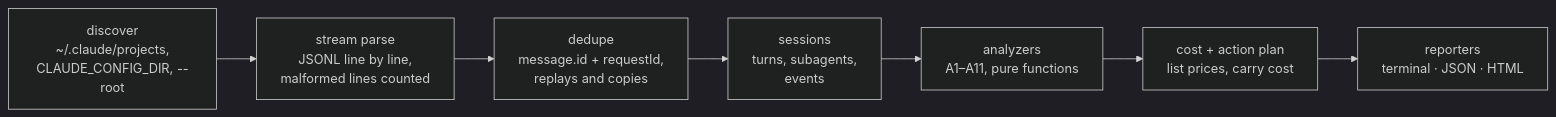
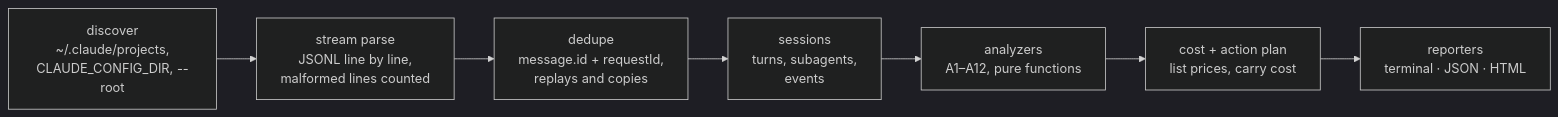
Before and after one commit to alexnieves-cs/ccxray: the diagram in README.md, drawn with Mermaid (dark theme). The commit also changed other lines of this file, not shown here.

Commit message:
docs(readme): note 0.2.0 is not on npm yet, list A1-A12, pnpm and --version (#32)

````diff
--- a/README.md
+++ b/README.md
@@ -118,8 +120,8 @@
 ```mermaid
 flowchart LR
   A["discover<br/>~/.claude/projects,<br/>CLAUDE_CONFIG_DIR, --root"] --> B["stream parse<br/>JSONL line by line,<br/>malformed lines counted"]
   B --> C["dedupe<br/>message.id + requestId,<br/>replays and copies"]
   C --> D["sessions<br/>turns, subagents,<br/>events"]
-  D --> E["analyzers<br/>A1–A11, pure functions"] --> P["cost + action plan<br/>list prices, carry cost"]
+  D --> E["analyzers<br/>A1–A12, pure functions"] --> P["cost + action plan<br/>list prices, carry cost"]
   P --> F["reporters<br/>terminal · JSON · HTML"]
 ```
````
